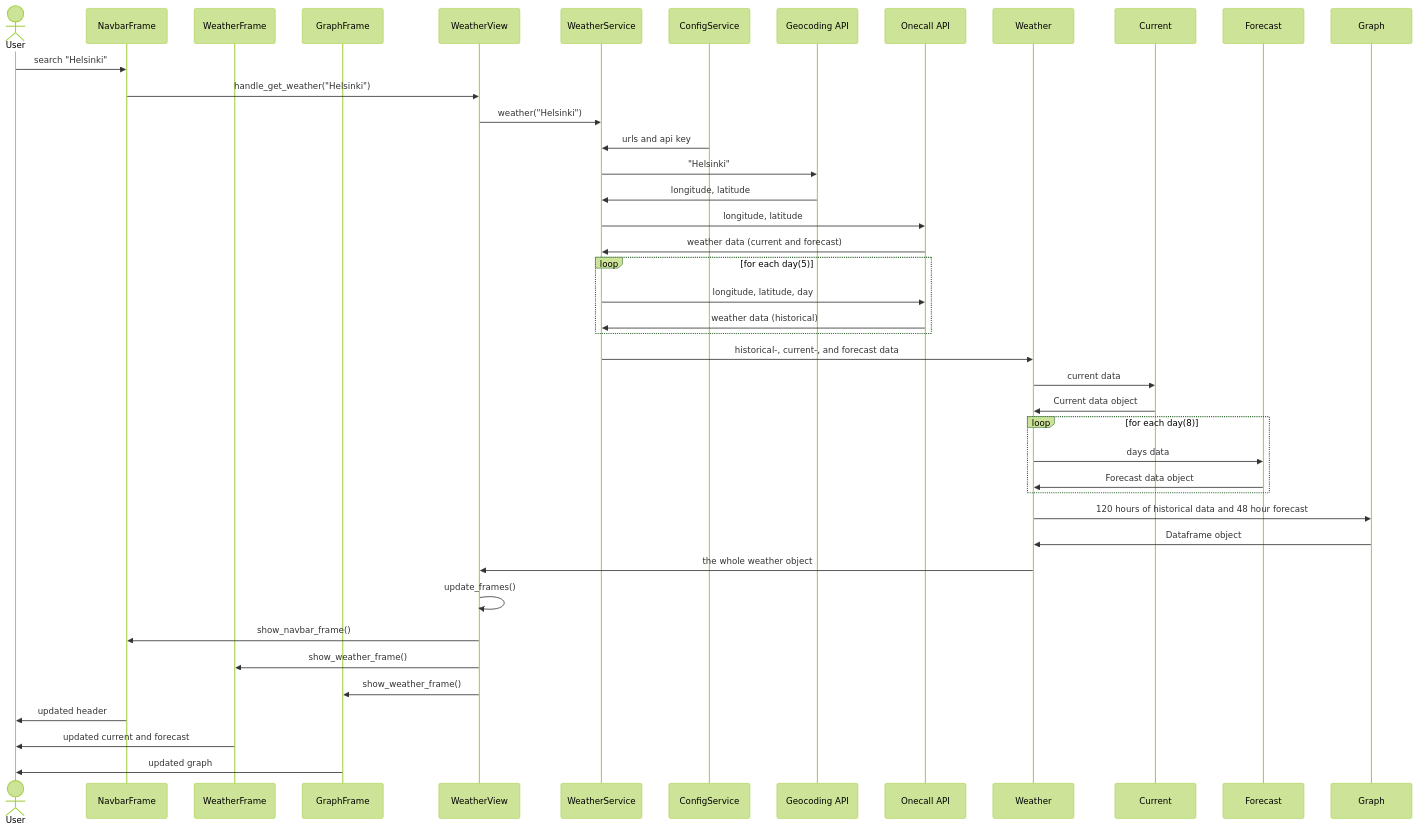
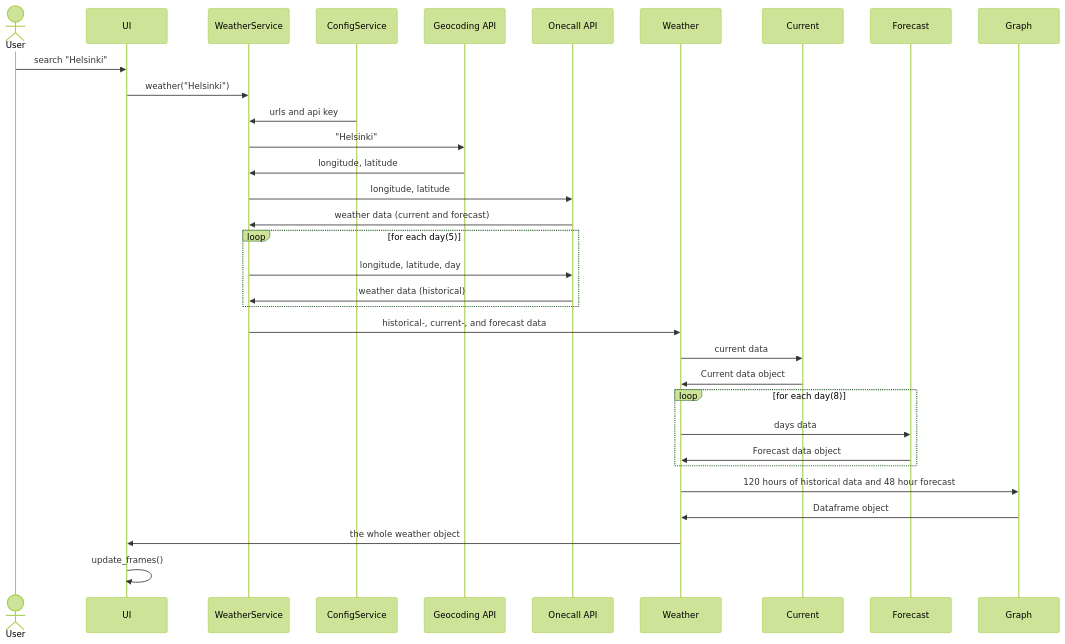
Before and after one commit to matiasto/ot-harjoitustyo: the second of 2 diagrams in documentation/architecture.md, drawn with Mermaid (forest theme).

Commit message:
docs[architecture]: removed unnecessary UI elements from cluttering the diagram

````diff
--- a/documentation/architecture.md
+++ b/documentation/architecture.md
@@ -92,52 +92,42 @@
 ```mermaid
     sequenceDiagram
 
     actor User
-    participant NavbarFrame
-    participant WeatherFrame
-    participant GraphFrame
-    participant WeatherView
+    participant UI
     participant WeatherService
     participant ConfigService
     participant Geocoding API
     participant Onecall API
     participant Weather
     participant Current
     participant Forecast
     participant Graph
 
-    User ->> NavbarFrame: search "Helsinki"
-    NavbarFrame ->> WeatherView: handle_get_weather("Helsinki")
-    WeatherView ->> WeatherService: weather("Helsinki")
+    User ->> UI: search "Helsinki"
+    UI ->> WeatherService: weather("Helsinki")
     ConfigService ->> WeatherService: urls and api key
     WeatherService ->> Geocoding API: "Helsinki"
     Geocoding API ->> WeatherService: longitude, latitude
     WeatherService ->> Onecall API: longitude, latitude
     Onecall API ->> WeatherService: weather data (current and forecast)
 
     loop for each day(5)
     WeatherService ->> Onecall API: longitude, latitude, day
     Onecall API ->> WeatherService: weather data (historical)
     end
 
     WeatherService ->> Weather: historical-, current-, and forecast data
     Weather ->> Current: current data
     Current ->> Weather: Current data object
 
     loop for each day(8)
     Weather ->> Forecast: days data
     Forecast ->> Weather: Forecast data object
     end
 
     Weather ->> Graph: 120 hours of historical data and 48 hour forecast
     Graph ->> Weather: Dataframe object
-    Weather ->> WeatherView: the whole weather object
-    WeatherView ->> WeatherView: update_frames()
-    WeatherView ->> NavbarFrame: show_navbar_frame()
-    WeatherView ->> WeatherFrame: show_weather_frame()
-    WeatherView ->> GraphFrame: show_weather_frame()
-    NavbarFrame ->> User: updated header
-    WeatherFrame ->> User: updated current and forecast
-    GraphFrame ->> User: updated graph
+    Weather ->> UI: the whole weather object
+    UI ->> UI: update_frames()
 
 ```
````
